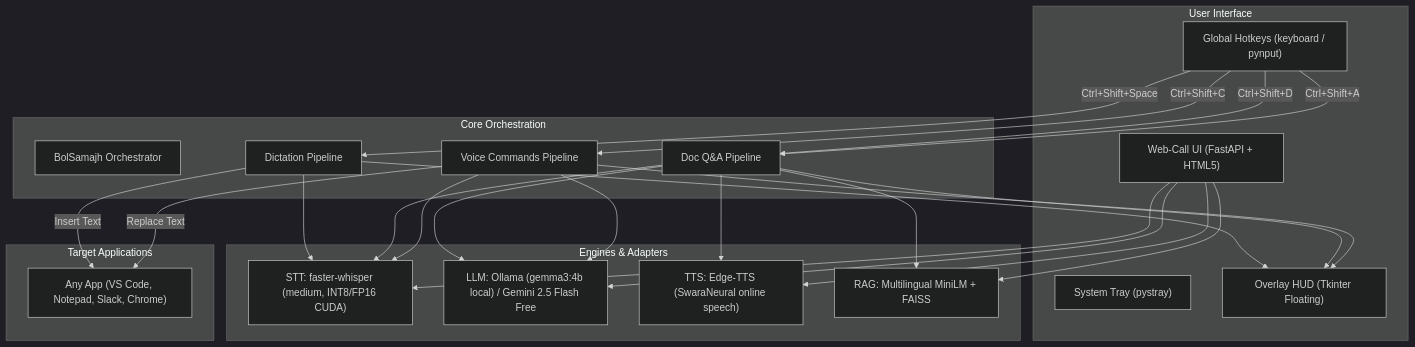
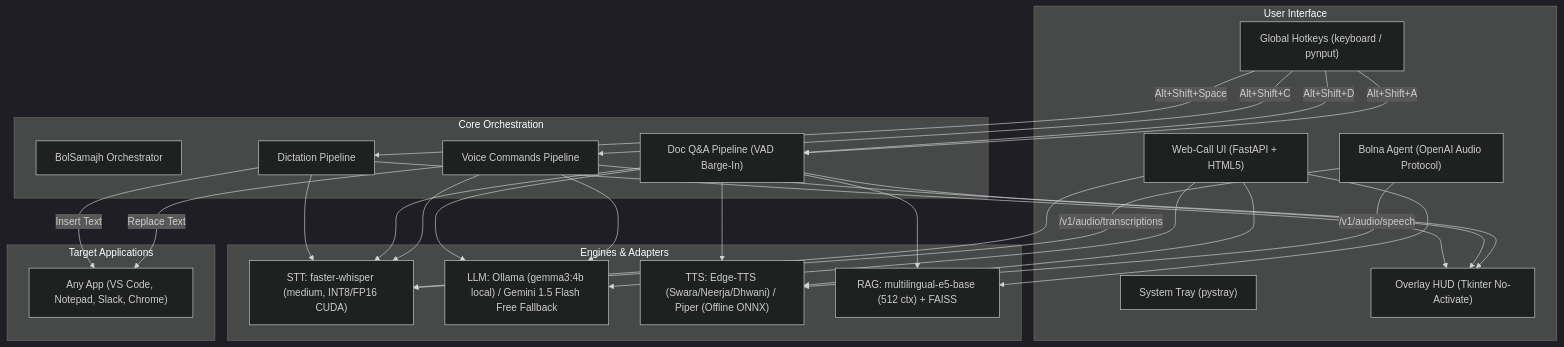
One commit to P1Manav/BolSamajh changed the diagram in README.md. Above: the diagram before and after it, drawn with Mermaid (dark theme). The commit also changed other lines of this file and 19 other files, not shown here.

Commit message:
Tiers 3, 4, 5: desktop & web robustness, Bolna OpenAI gateway, comprehensive test suite, CI and submission docs

````diff
--- a/README.md
+++ b/README.md
@@ -44,52 +46,56 @@
 ```mermaid
 graph TD
     subgraph User Interface
         Tray["System Tray (pystray)"]
         Hotkeys["Global Hotkeys (keyboard / pynput)"]
-        HUD["Overlay HUD (Tkinter Floating)"]
+        HUD["Overlay HUD (Tkinter No-Activate)"]
         WebUI["Web-Call UI (FastAPI + HTML5)"]
+        BolnaAgent["Bolna Agent (OpenAI Audio Protocol)"]
     end
 
     subgraph Core Orchestration
         Main["BolSamajh Orchestrator"]
         DictPipe["Dictation Pipeline"]
-        DocPipe["Doc Q&A Pipeline"]
+        DocPipe["Doc Q&A Pipeline (VAD Barge-In)"]
         CmdPipe["Voice Commands Pipeline"]
     end
 
     subgraph Engines & Adapters
         STT["STT: faster-whisper (medium, INT8/FP16 CUDA)"]
-        LLM["LLM: Ollama (gemma3:4b local) / Gemini 2.5 Flash Free"]
-        TTS["TTS: Edge-TTS (SwaraNeural online speech)"]
-        RAG["RAG: Multilingual MiniLM + FAISS"]
+        LLM["LLM: Ollama (gemma3:4b local) / Gemini 1.5 Flash Free Fallback"]
+        TTS["TTS: Edge-TTS (Swara/Neerja/Dhwani) / Piper (Offline ONNX)"]
+        RAG["RAG: multilingual-e5-base (512 ctx) + FAISS"]
     end
 
     subgraph Target Applications
         Apps["Any App (VS Code, Notepad, Slack, Chrome)"]
     end
 
-    Hotkeys -->|Ctrl+Shift+Space| DictPipe
-    Hotkeys -->|Ctrl+Shift+D| DocPipe
-    Hotkeys -->|Ctrl+Shift+A| DocPipe
-    Hotkeys -->|Ctrl+Shift+C| CmdPipe
+    Hotkeys -->|Alt+Shift+Space| DictPipe
+    Hotkeys -->|Alt+Shift+D| DocPipe
+    Hotkeys -->|Alt+Shift+A| DocPipe
+    Hotkeys -->|Alt+Shift+C| CmdPipe
 
     DictPipe --> STT
     DictPipe -->|Insert Text| Apps
     DictPipe --> HUD
 
     DocPipe --> STT
     DocPipe --> RAG
     DocPipe --> LLM
     DocPipe --> TTS
     DocPipe --> HUD
 
     CmdPipe --> STT
     CmdPipe --> LLM
     CmdPipe -->|Replace Text| Apps
     CmdPipe --> HUD
 
     WebUI --> STT
     WebUI --> RAG
     WebUI --> LLM
     WebUI --> TTS
+
+    BolnaAgent -->|/v1/audio/transcriptions| STT
+    BolnaAgent -->|/v1/audio/speech| TTS
 ```
````
